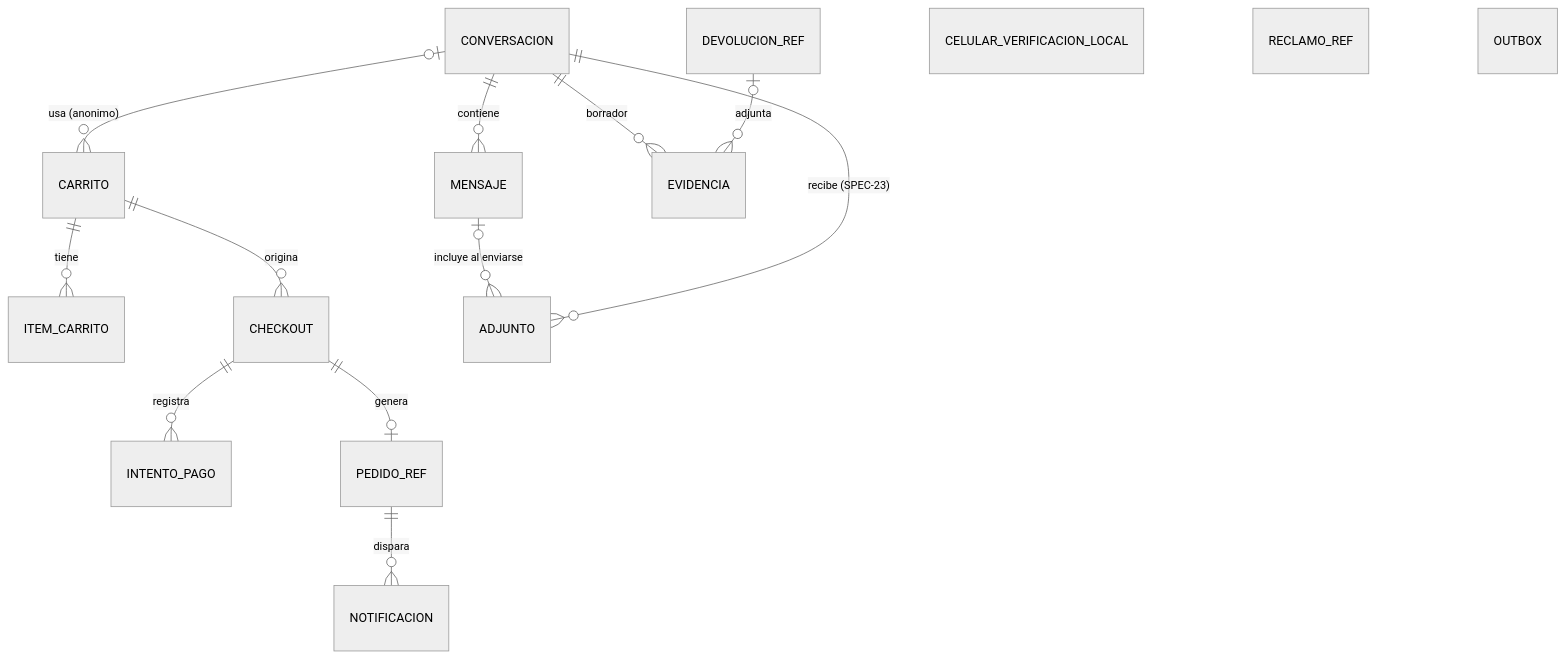
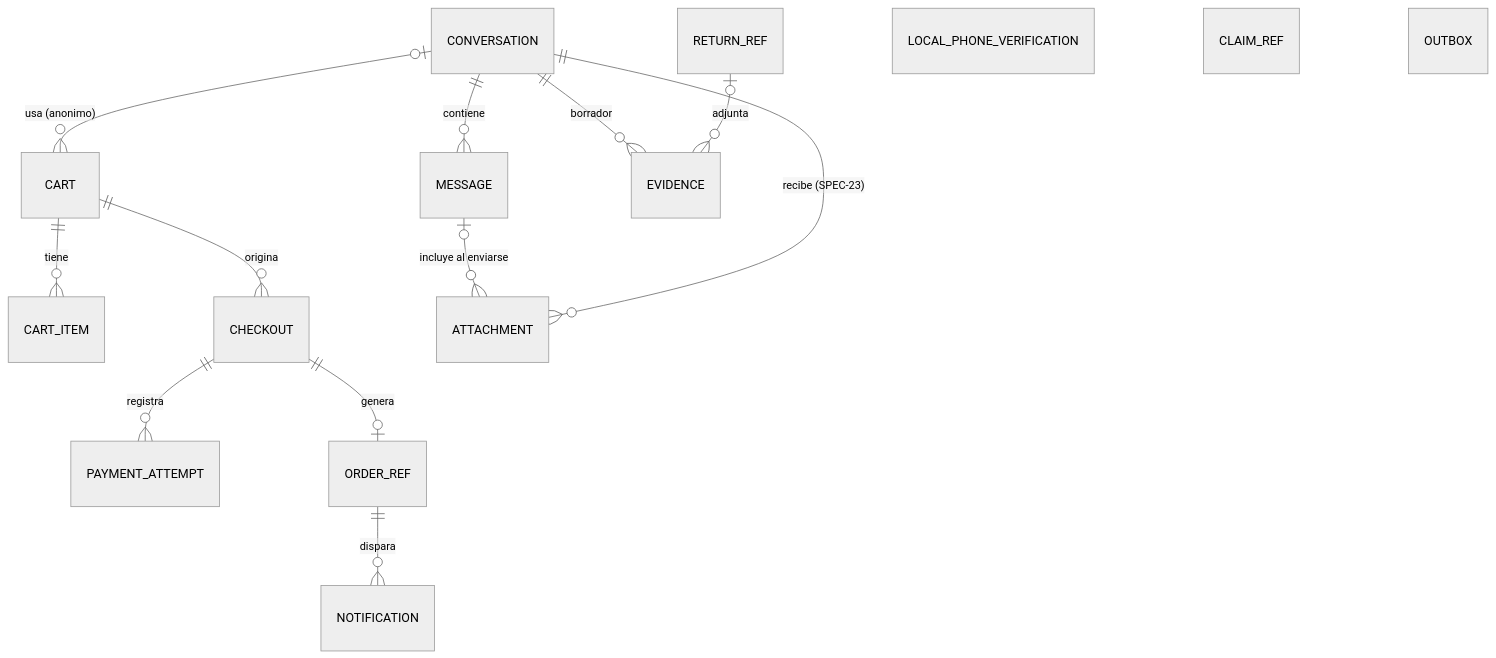
The diagram in docs/modelo-datos.md (Taller-SW-Web/G3-Chatbot-specs), drawn with Mermaid (neutral theme) before and after one commit. The commit also changed other lines of this file and 59 other files, not shown here.

````diff
--- a/docs/modelo-datos.md
+++ b/docs/modelo-datos.md
@@ -33,17 +34,17 @@
 ```mermaid
 erDiagram
-    CONVERSACION ||--o{ MENSAJE : contiene
-    CONVERSACION |o--o{ CARRITO : "usa (anonimo)"
-    CARRITO ||--o{ ITEM_CARRITO : tiene
-    CARRITO ||--o{ CHECKOUT : origina
-    CHECKOUT ||--o{ INTENTO_PAGO : registra
-    CHECKOUT ||--o| PEDIDO_REF : genera
-    PEDIDO_REF ||--o{ NOTIFICACION : dispara
-    DEVOLUCION_REF |o--o{ EVIDENCIA : adjunta
-    CONVERSACION ||--o{ EVIDENCIA : borrador
-    CONVERSACION ||--o{ ADJUNTO : "recibe (SPEC-23)"
-    MENSAJE |o--o{ ADJUNTO : "incluye al enviarse"
-    CELULAR_VERIFICACION_LOCAL
-    RECLAMO_REF
+    CONVERSATION ||--o{ MESSAGE : contiene
+    CONVERSATION |o--o{ CART : "usa (anonimo)"
+    CART ||--o{ CART_ITEM : tiene
+    CART ||--o{ CHECKOUT : origina
+    CHECKOUT ||--o{ PAYMENT_ATTEMPT : registra
+    CHECKOUT ||--o| ORDER_REF : genera
+    ORDER_REF ||--o{ NOTIFICATION : dispara
+    RETURN_REF |o--o{ EVIDENCE : adjunta
+    CONVERSATION ||--o{ EVIDENCE : borrador
+    CONVERSATION ||--o{ ATTACHMENT : "recibe (SPEC-23)"
+    MESSAGE |o--o{ ATTACHMENT : "incluye al enviarse"
+    LOCAL_PHONE_VERIFICATION
+    CLAIM_REF
     OUTBOX
 ```
````
